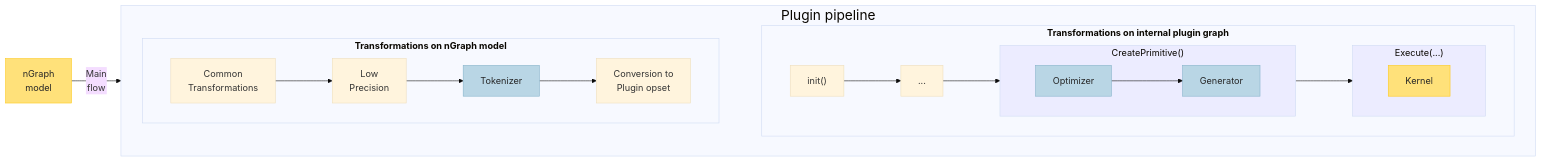
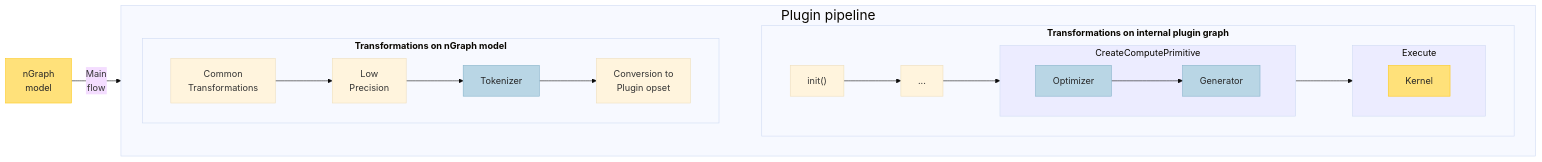
Before and after one commit to openvinotoolkit/openvino: the eighth of 12 diagrams in src/common/snippets/docs/snippets_design_guide.md, drawn with Mermaid (base theme). The commit also changed other lines of this file, not shown here.

Commit message:
Review comments No. 2

````diff
--- a/src/common/snippets/docs/snippets_design_guide.md
+++ b/src/common/snippets/docs/snippets_design_guide.md
@@ -276,39 +276,39 @@
 ```mermaid
  graph LR
    subgraph Plugin[<font size=+2> Plugin pipeline </font>]
     direction LR
     subgraph ngraph[<b> Transformations on nGraph model </b>]
         direction LR
         common[Common \n Transformations]
         lpt[Low \n Precision]
         tokenize[Tokenizer]
         convert[Conversion to \n Plugin opset]
         common-->lpt-->tokenize-->convert
     end
     subgraph internal[<b> Transformations on internal plugin graph </b>]
          direction LR
          init["init()"]
-         subgraph create["CreatePrimitive()"]
+         subgraph create["CreateComputePrimitive"]
             direction LR
             optimize[Optimizer]
             generate[Generator]
             optimize-->generate
          end
-         subgraph execute["Execute(...)"]
+         subgraph execute["Execute"]
             direction LR
             Executable[Kernel]
          end
          init-->etc[...]-->create
          create-->execute
     end
    end
    Source[nGraph \n model]-->|Main \n flow|common
    convert~~~internal
 classDef no-bg-color fill:none,stroke-width:0px
 classDef steel1 fill:#B9D6E5, stroke: #86B3CA, color: #262626
 classDef daisy1 fill:#FFE17A, stroke: #FEC91B, color: #262626
 classDef dafault_node1 fill:#ECECFF
 class tokenize,optimize,generate steel1
 class Source,Executable daisy1
 class create,execute dafault_node1
 ```
````
